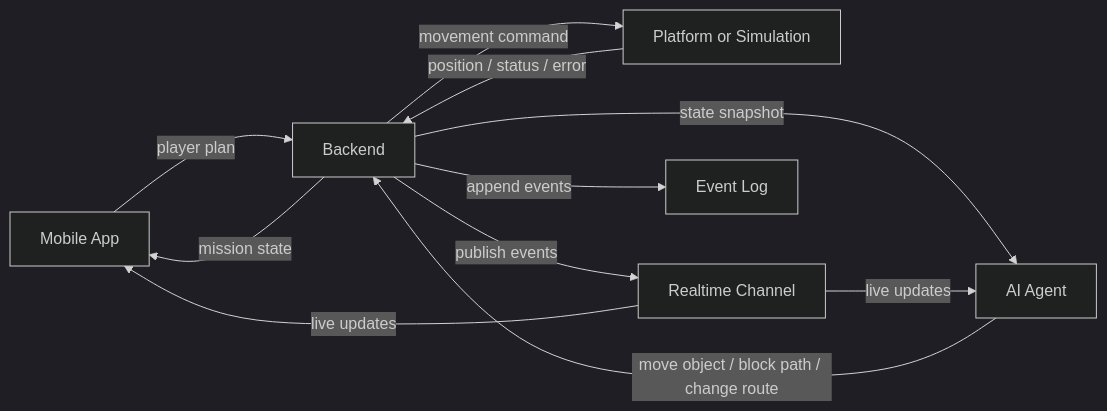
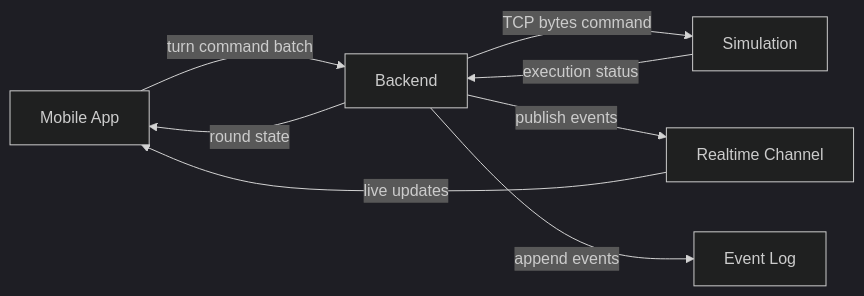
Before and after one commit to Ulyan2k09/pictschool-2026: the diagram in docs/ARCHITECTURE.md, drawn with Mermaid (dark theme). The commit also changed other lines of this file and 8 other files, not shown here.

````diff
--- a/docs/ARCHITECTURE.md
+++ b/docs/ARCHITECTURE.md
@@ -20,20 +39,16 @@
 ```mermaid
 flowchart LR
     Mobile["Mobile App"]
     Backend["Backend"]
-    AI["AI Agent"]
-    Platform["Platform or Simulation"]
+    Sim["Simulation"]
     Live["Realtime Channel"]
     Log["Event Log"]
 
-    Mobile -->|player plan| Backend
-    Backend -->|mission state| Mobile
-    Backend -->|state snapshot| AI
-    AI -->|move object / block path / change route| Backend
-    Backend -->|movement command| Platform
-    Platform -->|position / status / error| Backend
+    Mobile -->|turn command batch| Backend
+    Backend -->|round state| Mobile
+    Backend -->|TCP bytes command| Sim
+    Sim -->|execution status| Backend
     Backend -->|publish events| Live
     Live -->|live updates| Mobile
-    Live -->|live updates| AI
     Backend -->|append events| Log
 ```
````
